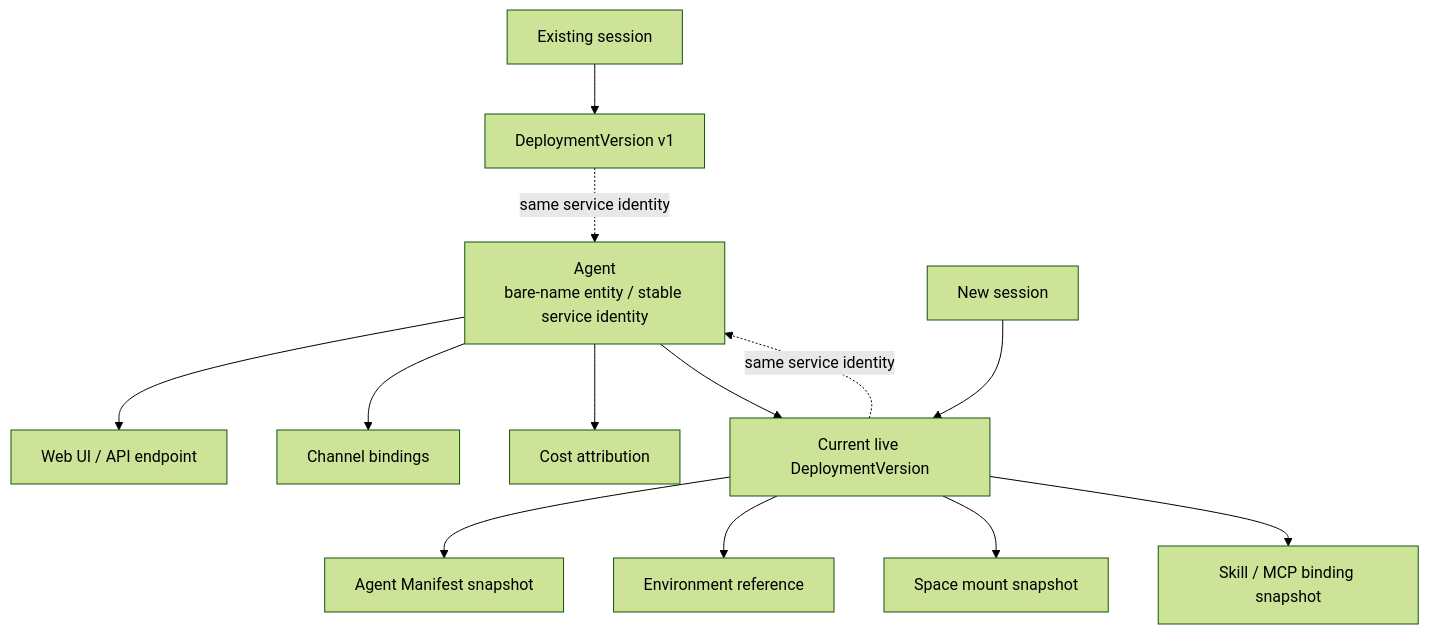
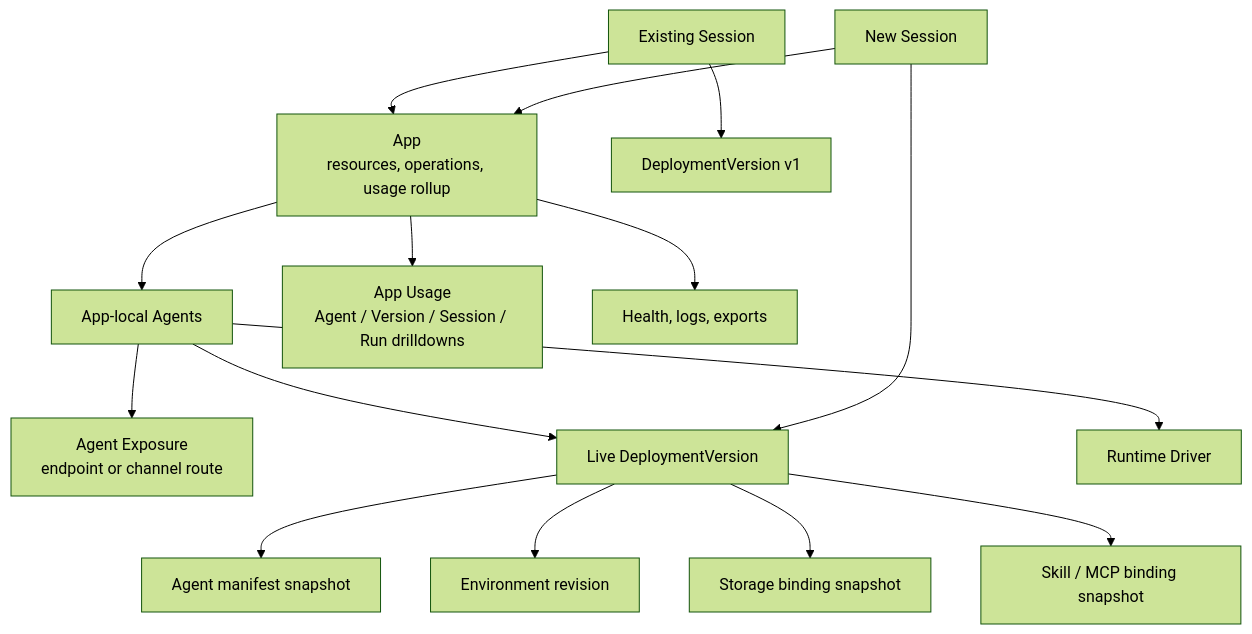
Before and after one commit to langgenius/mosoo: the first of 2 diagrams in docs/prd/agent-service-identity.md, drawn with Mermaid (forest theme). The commit also changed other lines of this file and 71 other files, not shown here.

````diff
--- a/docs/prd/agent-service-identity.md
+++ b/docs/prd/agent-service-identity.md
@@ -80,18 +79,21 @@
 ```mermaid
 flowchart TD
-  Agent["Agent<br/>bare-name entity / stable service identity"] --> Endpoint["Web UI / API endpoint"]
-  Agent --> Channel["Channel bindings"]
-  Agent --> Cost["Cost attribution"]
-  Agent --> Live["Current live DeploymentVersion"]
+  App["App<br/>resources, operations, usage rollup"] --> Agents["App-local Agents"]
+  App --> Usage["App Usage<br/>Agent / Version / Session / Run drilldowns"]
+  App --> Ops["Health, logs, exports"]
 
-  Live --> Manifest["Agent Manifest snapshot"]
-  Live --> EnvRef["Environment reference"]
-  Live --> SpaceRefs["Space mount snapshot"]
+  Agents --> Exposure["Agent Exposure<br/>endpoint or channel route"]
+  Agents --> Live["Live DeploymentVersion"]
+  Agents --> Runtime["Runtime Driver"]
+
+  Live --> Manifest["Agent manifest snapshot"]
+  Live --> EnvRef["Environment revision"]
+  Live --> StorageRefs["Storage binding snapshot"]
   Live --> ToolRefs["Skill / MCP binding snapshot"]
 
-  SessionA["Existing session"] --> Version1["DeploymentVersion v1"]
-  SessionB["New session"] --> Live
+  SessionA["Existing Session"] --> Version1["DeploymentVersion v1"]
+  SessionB["New Session"] --> Live
 
-  Version1 -.same service identity.-> Agent
-  Live -.same service identity.-> Agent
+  SessionA --> App
+  SessionB --> App
 ```
````
